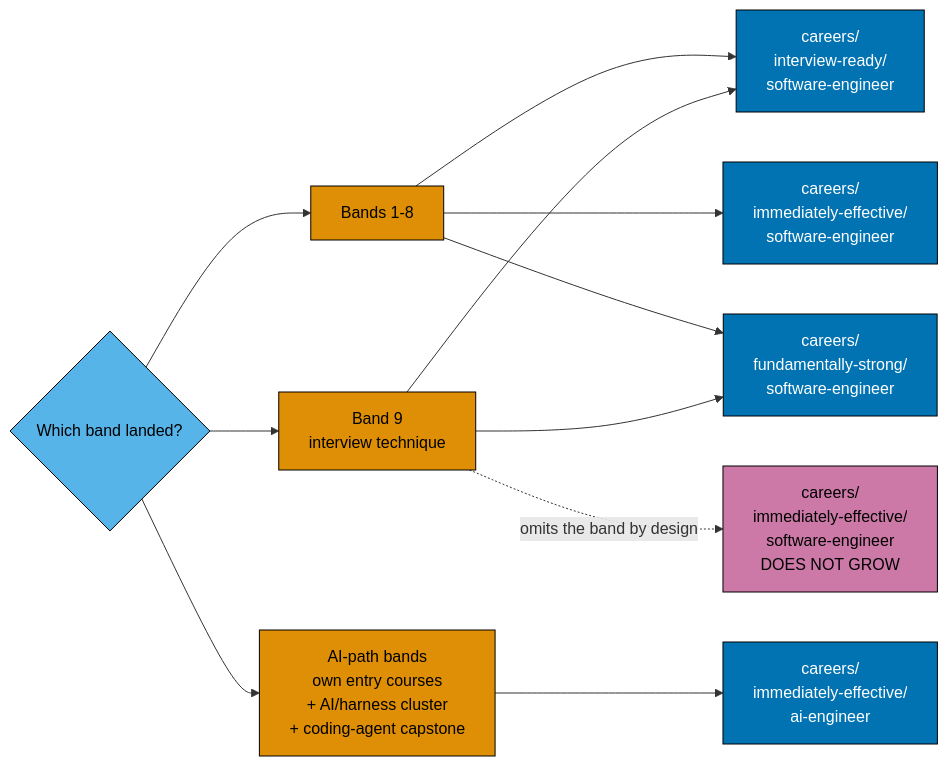
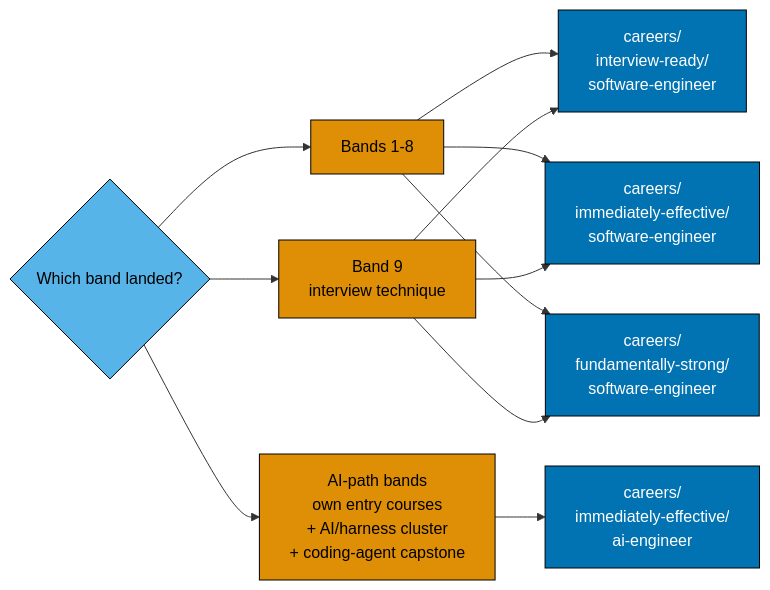
The fifth of 5 diagrams in plans/backlog/ayokoding-learning-path-05-manifests/tech-docs.md (wahidyankf/baseerah), drawn with Mermaid before and after one commit. The commit also changed other lines of this file and 28 other files, not shown here.

````diff
--- a/plans/backlog/ayokoding-learning-path-05-manifests/tech-docs.md
+++ b/plans/backlog/ayokoding-learning-path-05-manifests/tech-docs.md
@@ -381,30 +426,28 @@
 ```mermaid
 %% Decision branch: given a landed band, which manifests grow.
 flowchart LR
     BAND{"Which band landed?"}:::decision
     B18["Bands 1-8"]:::band
     B9["Band 9<br/>interview technique"]:::band
     B58["AI-path bands<br/>own entry courses<br/>+ AI/harness cluster<br/>+ coding-agent capstone"]:::band
 
     IR["careers/<br/>interview-ready/<br/>software-engineer"]:::grow
     IE["careers/<br/>immediately-effective/<br/>software-engineer"]:::grow
     FS["careers/<br/>fundamentally-strong/<br/>software-engineer"]:::grow
     AI["careers/<br/>immediately-effective/<br/>ai-engineer"]:::grow
-    NOGROW["careers/<br/>immediately-effective/<br/>software-engineer<br/>DOES NOT GROW"]:::nogrow
 
     BAND --> B18
     BAND --> B9
     BAND --> B58
     B18 --> IR
     B18 --> IE
     B18 --> FS
     B9 --> IR
+    B9 --> IE
     B9 --> FS
-    B9 -.->|"omits the band by design"| NOGROW
     B58 --> AI
 
     classDef decision fill:#56B4E9,stroke:#000000,color:#000000
     classDef band fill:#DE8F05,stroke:#000000,color:#000000
     classDef grow fill:#0173B2,stroke:#000000,color:#FFFFFF
-    classDef nogrow fill:#CC79A7,stroke:#000000,color:#000000
 ```
````
